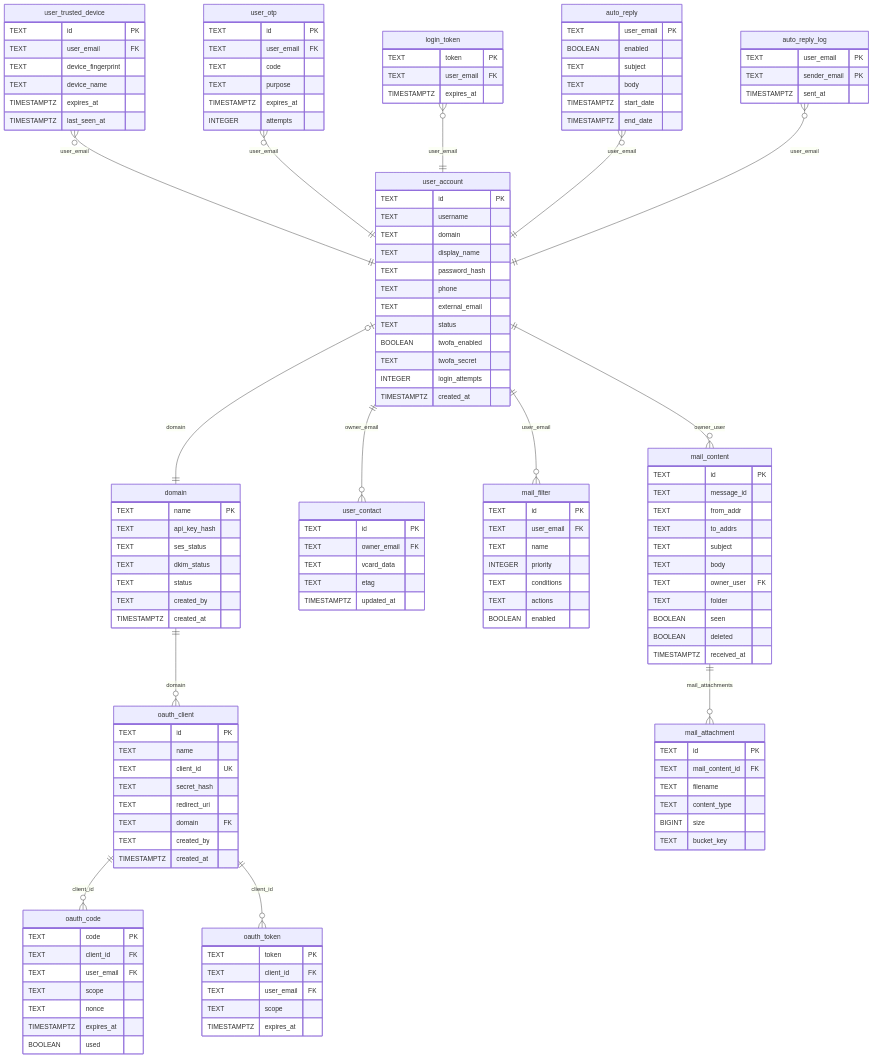
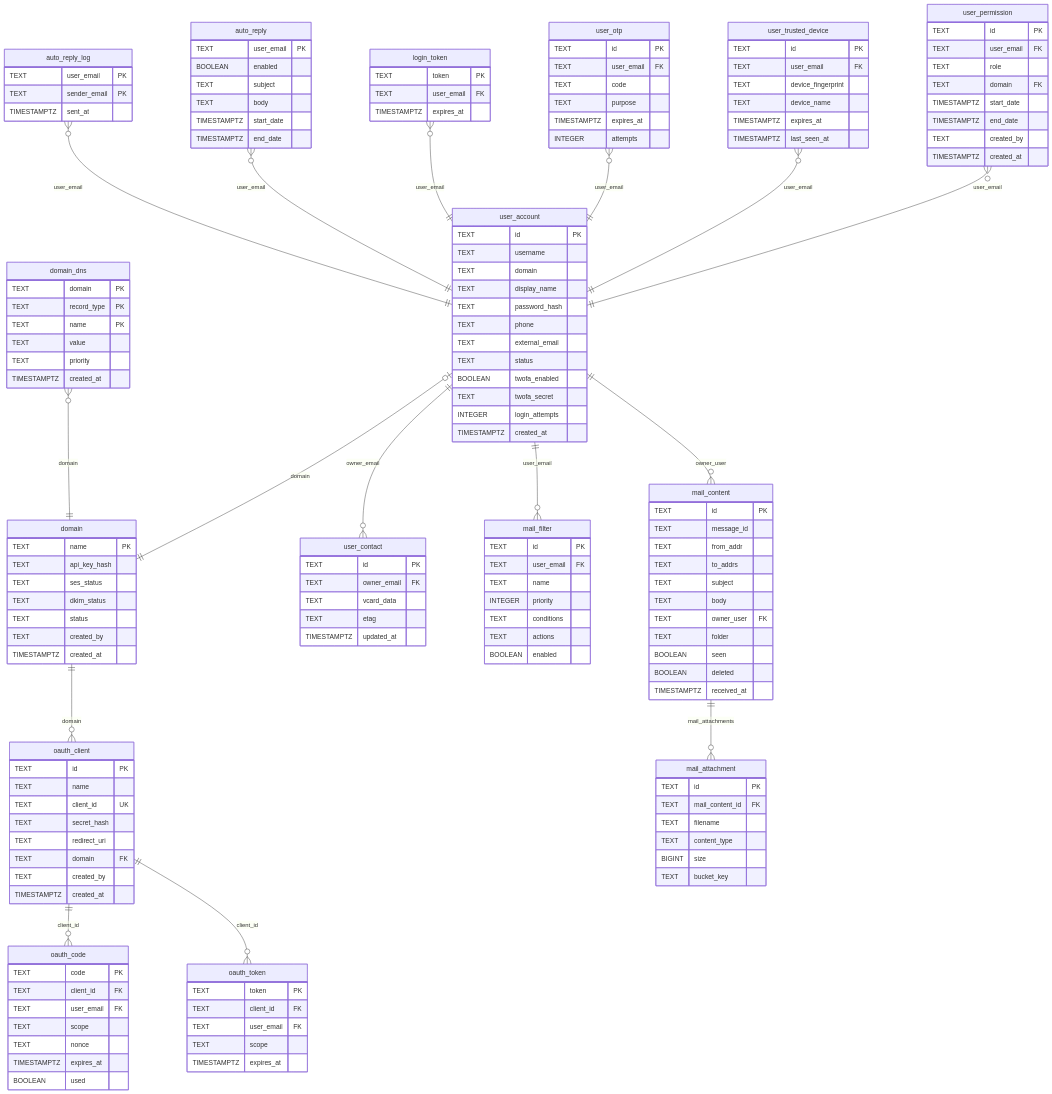
One commit to mustafa-karli/bdsmail changed the second of 3 diagrams in README.md. Above: the diagram before and after it, drawn with Mermaid. The commit also changed 41 other files, not shown here.

```diff
--- a/README.md
+++ b/README.md
@@ -213,6 +213,8 @@
     user_account ||--o{ mail_filter : "user_email"
     mail_content ||--o{ mail_attachment: "mail_attachments"
     user_account ||--o{ mail_content : "owner_user"
+    user_permission }o--|| user_account : "user_email"
+    domain_dns }o--|| domain : "domain"
     user_trusted_device }o--|| user_account : "user_email"
     user_otp }o--|| user_account : "user_email"
     login_token }o--|| user_account : "user_email"
@@ -335,6 +337,26 @@
         TIMESTAMPTZ expires_at
     }
 
+    user_permission {
+        TEXT id PK
+        TEXT user_email FK
+        TEXT role
+        TEXT domain FK
+        TIMESTAMPTZ start_date
+        TIMESTAMPTZ end_date
+        TEXT created_by
+        TIMESTAMPTZ created_at
+    }
+
+    domain_dns {
+        TEXT domain PK
+        TEXT record_type PK
+        TEXT name PK
+        TEXT value
+        TEXT priority
+        TIMESTAMPTZ created_at
+    }
+
     oauth_code {
         TEXT code PK
         TEXT client_id FK
```
